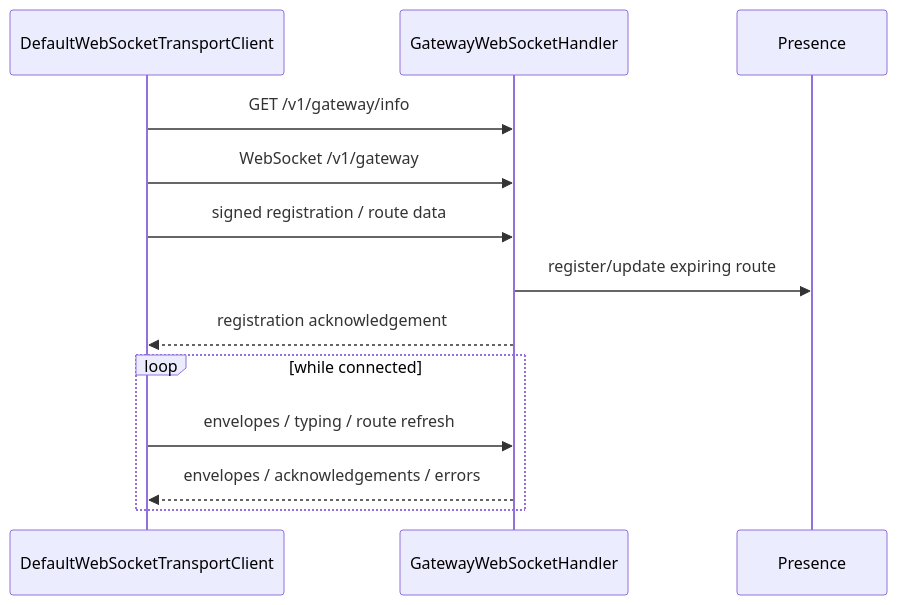
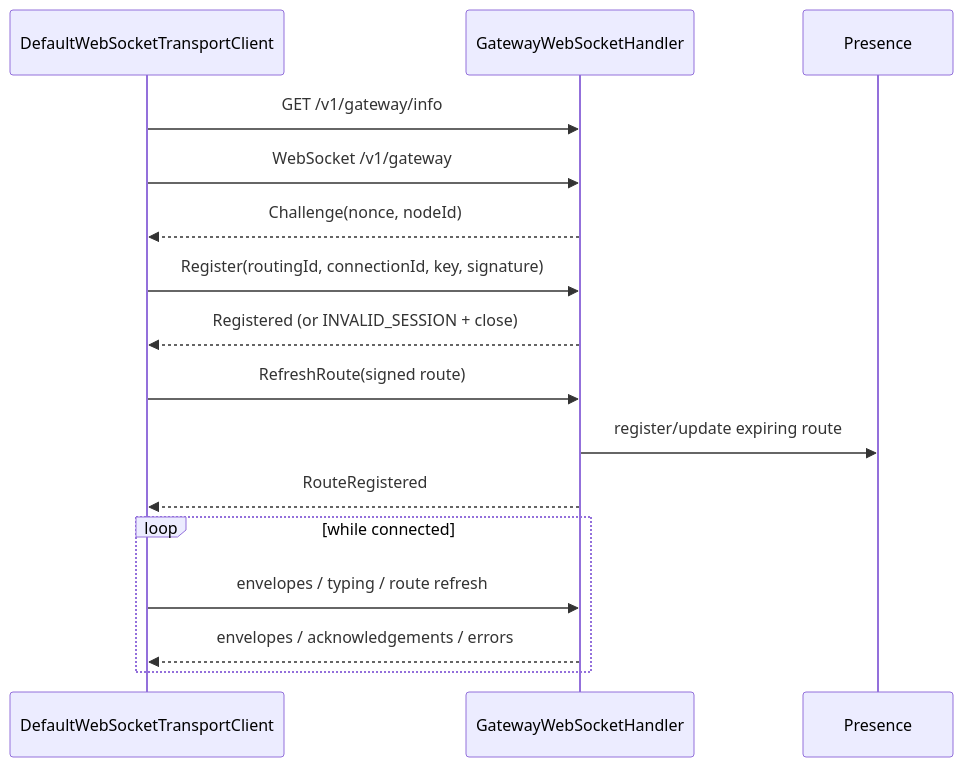
Before and after one commit to cbgm/Sparrow: the diagram in docs/api/websocket.md, drawn with Mermaid. The commit also changed other lines of this file and 30 other files, not shown here.

````diff
--- a/docs/api/websocket.md
+++ b/docs/api/websocket.md
@@ -5,16 +5,19 @@
 ```mermaid
 sequenceDiagram
     participant C as DefaultWebSocketTransportClient
     participant G as GatewayWebSocketHandler
     participant P as Presence
 
     C->>G: GET /v1/gateway/info
     C->>G: WebSocket /v1/gateway
-    C->>G: signed registration / route data
+    G-->>C: Challenge(nonce, nodeId)
+    C->>G: Register(routingId, connectionId, key, signature)
+    G-->>C: Registered (or INVALID_SESSION + close)
+    C->>G: RefreshRoute(signed route)
     G->>P: register/update expiring route
-    G-->>C: registration acknowledgement
+    G-->>C: RouteRegistered
     loop while connected
         C->>G: envelopes / typing / route refresh
         G-->>C: envelopes / acknowledgements / errors
     end
 ```
````
